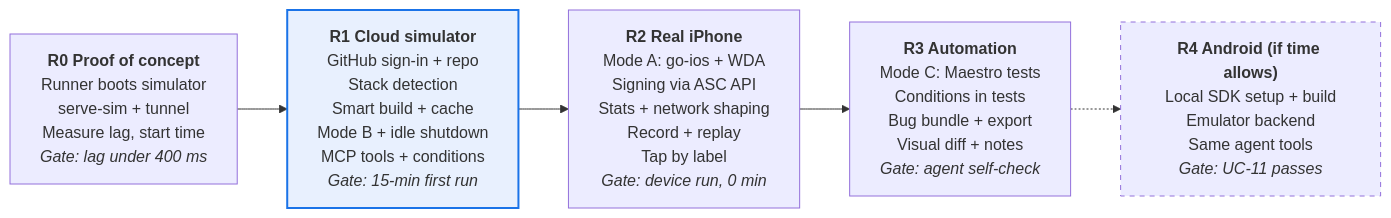
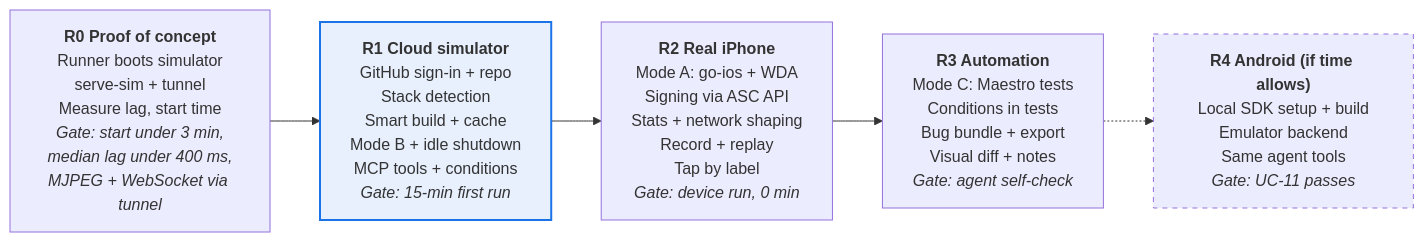
Before and after one commit to MustafaDilawarKhan/simbridge: the second of 2 diagrams in docs/SRS.md, drawn with Mermaid. The commit also changed other lines of this file and 3 other files, not shown here.

````diff
--- a/docs/SRS.md
+++ b/docs/SRS.md
@@ -613,11 +614,11 @@
 ```mermaid
 flowchart LR
-    R0["<b>R0 Proof of concept</b><br/>Runner boots simulator<br/>serve-sim + tunnel<br/>Measure lag, start time<br/><i>Gate: lag under 400 ms</i>"]
+    R0["<b>R0 Proof of concept</b><br/>Runner boots simulator<br/>serve-sim + tunnel<br/>Measure lag, start time<br/><i>Gate: start under 3 min,<br/>median lag under 400 ms,<br/>MJPEG + WebSocket via tunnel</i>"]
     R1["<b>R1 Cloud simulator</b><br/>GitHub sign-in + repo<br/>Stack detection<br/>Smart build + cache<br/>Mode B + idle shutdown<br/>MCP tools + conditions<br/><i>Gate: 15-min first run</i>"]
     R2["<b>R2 Real iPhone</b><br/>Mode A: go-ios + WDA<br/>Signing via ASC API<br/>Stats + network shaping<br/>Record + replay<br/>Tap by label<br/><i>Gate: device run, 0 min</i>"]
     R3["<b>R3 Automation</b><br/>Mode C: Maestro tests<br/>Conditions in tests<br/>Bug bundle + export<br/>Visual diff + notes<br/><i>Gate: agent self-check</i>"]
     R4["<b>R4 Android (if time allows)</b><br/>Local SDK setup + build<br/>Emulator backend<br/>Same agent tools<br/><i>Gate: UC-11 passes</i>"]
     R0 --> R1 --> R2 --> R3 -.-> R4
     style R1 fill:#e8f0fe,stroke:#1a73e8,stroke-width:2px
     style R4 stroke-dasharray: 5 5
 ```
````
